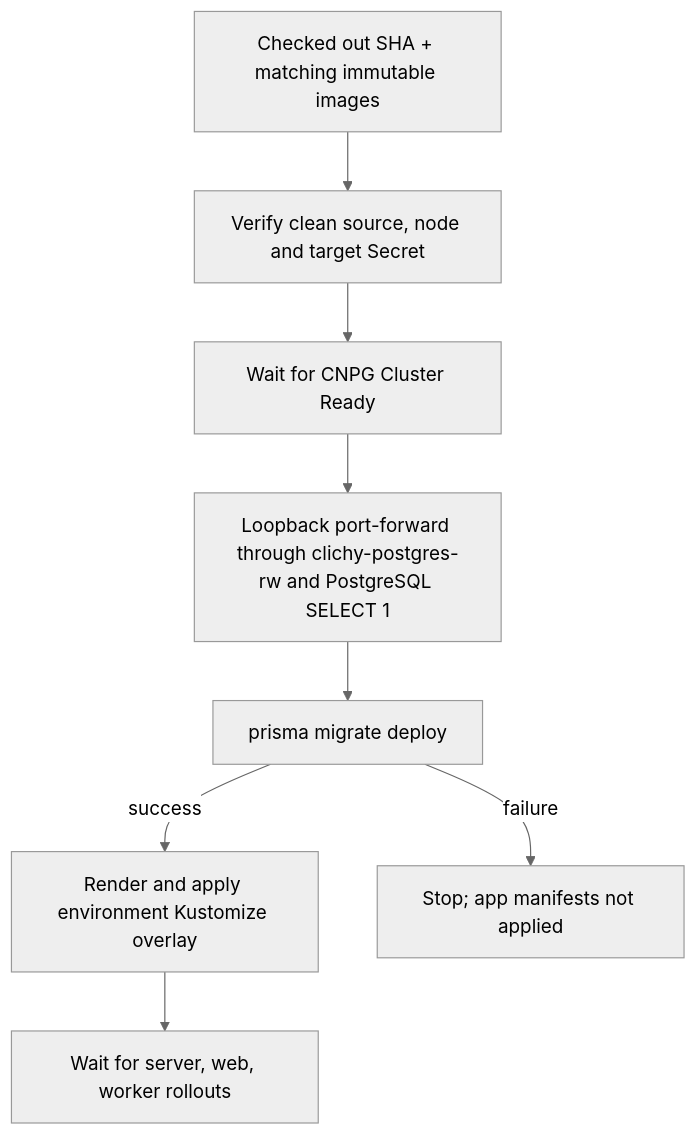
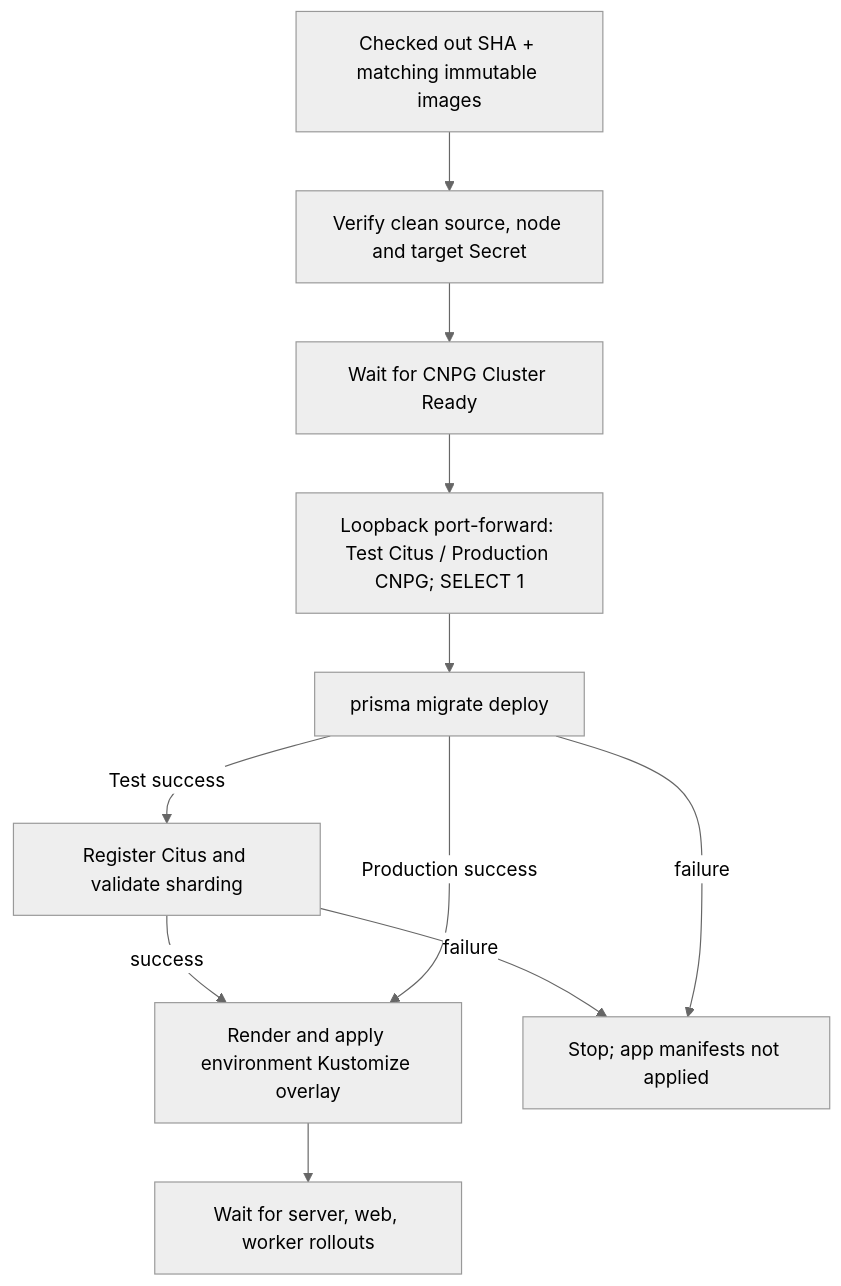
Before and after one commit to Valatras/clichy: the diagram in docs/database/migrations.md, drawn with Mermaid (neutral theme). The commit also changed 21 other files, not shown here.

````diff
--- a/docs/database/migrations.md
+++ b/docs/database/migrations.md
@@ -26,10 +26,13 @@
 ```mermaid
 flowchart TD
   SHA[Checked out SHA + matching immutable images] --> Verify[Verify clean source, node and target Secret]
   Verify --> Ready[Wait for CNPG Cluster Ready]
-  Ready --> Forward[Loopback port-forward through clichy-postgres-rw and PostgreSQL SELECT 1]
+  Ready --> Forward[Loopback port-forward: Test Citus / Production CNPG; SELECT 1]
   Forward --> Migrate[prisma migrate deploy]
-  Migrate -->|success| Apply[Render and apply environment Kustomize overlay]
+  Migrate -->|Test success| Citus[Register Citus and validate sharding]
+  Citus -->|success| Apply[Render and apply environment Kustomize overlay]
+  Citus -->|failure| Stop
+  Migrate -->|Production success| Apply
   Migrate -->|failure| Stop[Stop; app manifests not applied]
   Apply --> Rollout[Wait for server, web, worker rollouts]
 ```
````
